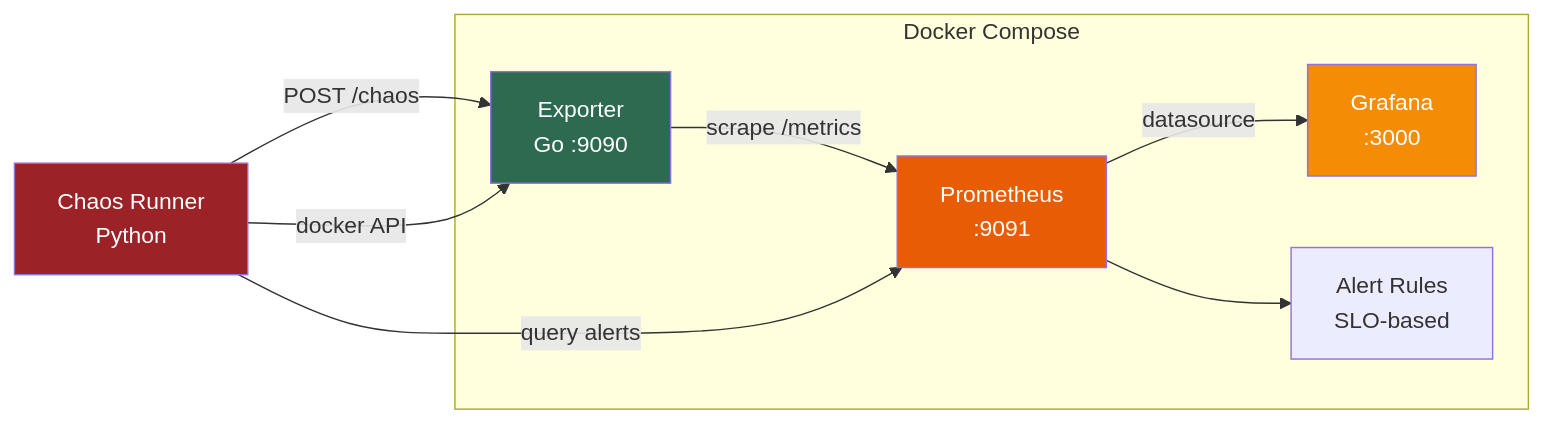
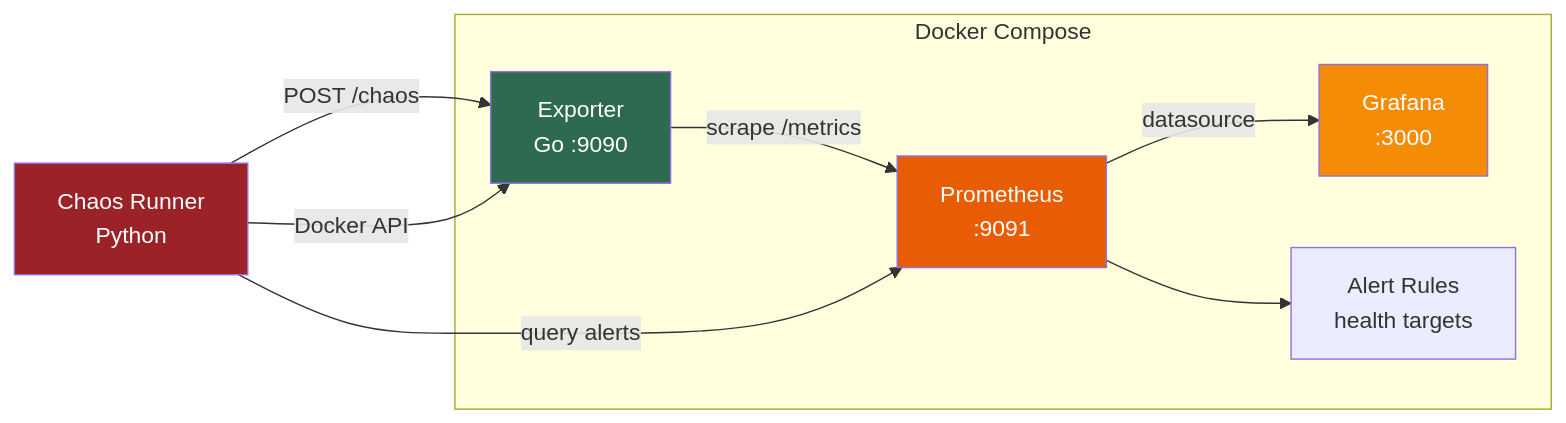
The diagram in README.md (ethan-k-francis/observability-toolkit), drawn with Mermaid before and after one commit. The commit also changed other lines of this file and 1 other file, not shown here.

First line of the commit message:
Demystify README and SLO docs with plain-language explanations. (#4)

````diff
--- a/README.md
+++ b/README.md
@@ -38,17 +41,17 @@
 ```mermaid
 graph LR
     subgraph Docker Compose
         E[Exporter<br/>Go :9090] -->|scrape /metrics| P[Prometheus<br/>:9091]
         P -->|datasource| G[Grafana<br/>:3000]
-        P --> AR[Alert Rules<br/>SLO-based]
+        P --> AR[Alert Rules<br/>health targets]
     end
 
     CR[Chaos Runner<br/>Python] -->|POST /chaos| E
-    CR -->|docker API| E
+    CR -->|Docker API| E
     CR -->|query alerts| P
 
     style E fill:#2d6a4f,color:#fff
     style P fill:#e85d04,color:#fff
     style G fill:#f48c06,color:#fff
     style CR fill:#9b2226,color:#fff
 ```
````
